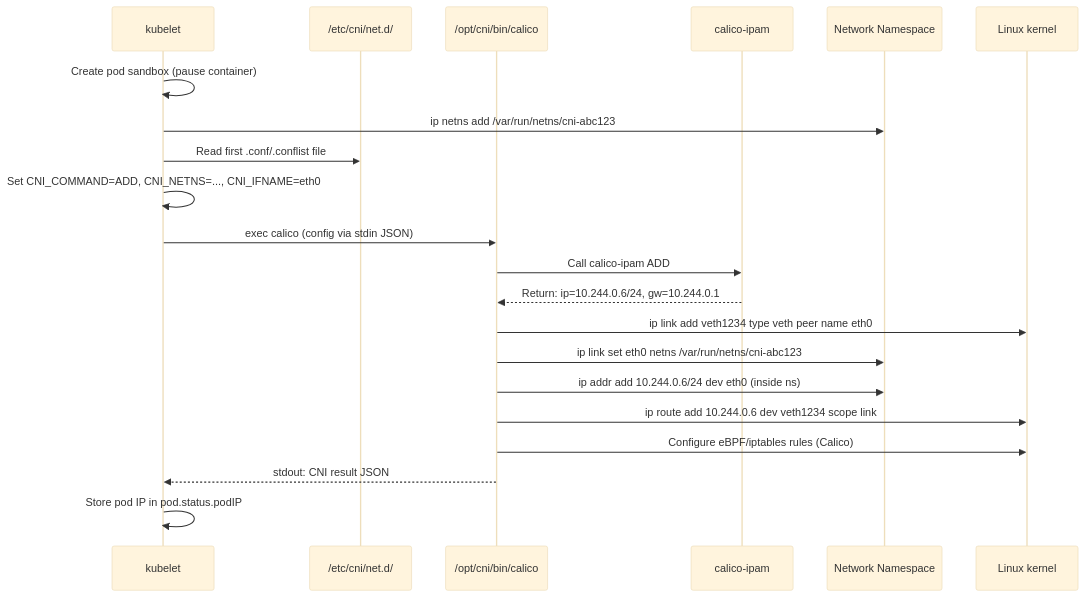
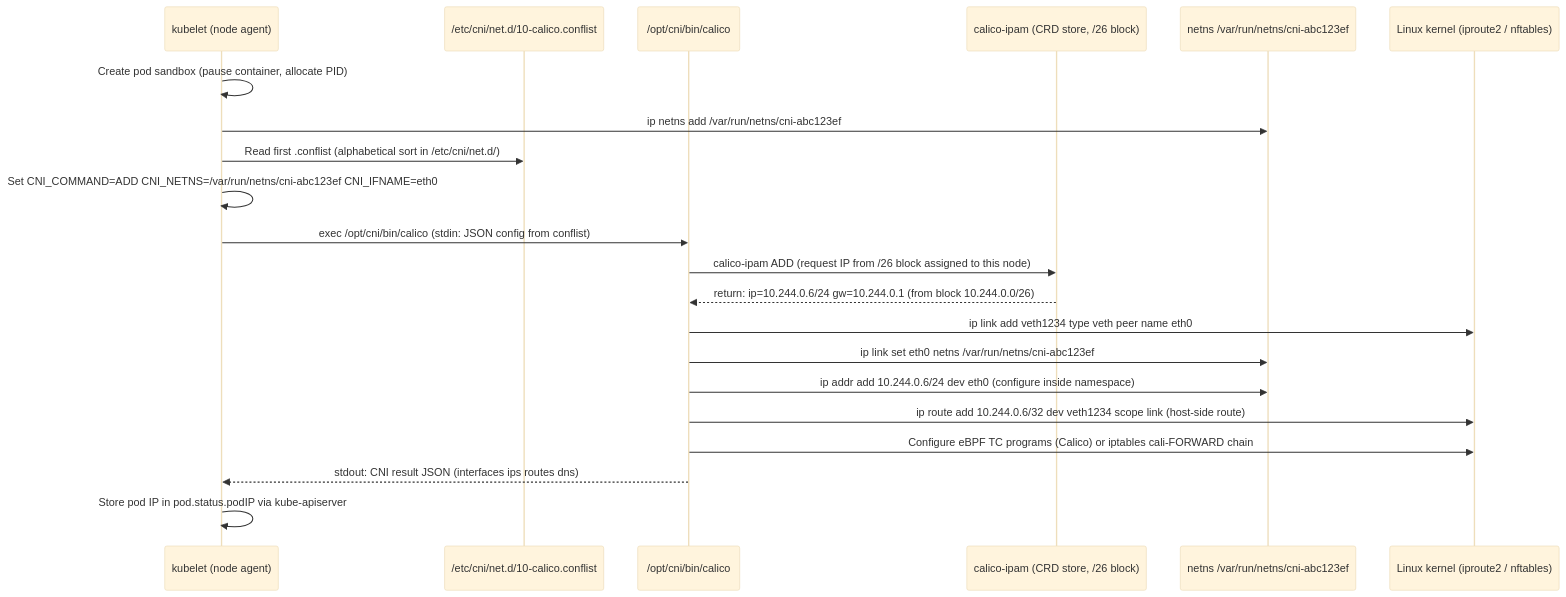
One commit to MykolaLebid/Kubernetes_networking_engineering changed the second of 2 diagrams in lessons/09-cni-specification.md. Above: the diagram before and after it, drawn with Mermaid (base theme). The commit also changed other lines of this file and 35 other files, not shown here.

First line of the commit message:
Restructure all 34 lessons: Theory/Practice split, richer diagrams, industry examples, navigation

````diff
--- a/lessons/09-cni-specification.md
+++ b/lessons/09-cni-specification.md
@@ -161,24 +142,24 @@
 ```mermaid
 sequenceDiagram
-    participant KB as kubelet
-    participant FS as /etc/cni/net.d/
+    participant KB as kubelet (node agent)
+    participant FS as /etc/cni/net.d/10-calico.conflist
     participant BIN as /opt/cni/bin/calico
-    participant IPAM as calico-ipam
-    participant NS as Network Namespace
-    participant OS as Linux kernel
+    participant IPAM as calico-ipam (CRD store, /26 block)
+    participant NS as netns /var/run/netns/cni-abc123ef
+    participant OS as Linux kernel (iproute2 / nftables)
 
-    KB->>KB: Create pod sandbox (pause container)
-    KB->>NS: ip netns add /var/run/netns/cni-abc123
-    KB->>FS: Read first .conf/.conflist file
-    KB->>KB: Set CNI_COMMAND=ADD, CNI_NETNS=..., CNI_IFNAME=eth0
-    KB->>BIN: exec calico (config via stdin JSON)
-    BIN->>IPAM: Call calico-ipam ADD
-    IPAM-->>BIN: Return: ip=10.244.0.6/24, gw=10.244.0.1
+    KB->>KB: Create pod sandbox (pause container, allocate PID)
+    KB->>NS: ip netns add /var/run/netns/cni-abc123ef
+    KB->>FS: Read first .conflist (alphabetical sort in /etc/cni/net.d/)
+    KB->>KB: Set CNI_COMMAND=ADD CNI_NETNS=/var/run/netns/cni-abc123ef CNI_IFNAME=eth0
+    KB->>BIN: exec /opt/cni/bin/calico (stdin: JSON config from conflist)
+    BIN->>IPAM: calico-ipam ADD (request IP from /26 block assigned to this node)
+    IPAM-->>BIN: return: ip=10.244.0.6/24 gw=10.244.0.1 (from block 10.244.0.0/26)
     BIN->>OS: ip link add veth1234 type veth peer name eth0
-    BIN->>NS: ip link set eth0 netns /var/run/netns/cni-abc123
-    BIN->>NS: ip addr add 10.244.0.6/24 dev eth0 (inside ns)
-    BIN->>OS: ip route add 10.244.0.6 dev veth1234 scope link
-    BIN->>OS: Configure eBPF/iptables rules (Calico)
-    BIN-->>KB: stdout: CNI result JSON
-    KB->>KB: Store pod IP in pod.status.podIP
+    BIN->>NS: ip link set eth0 netns /var/run/netns/cni-abc123ef
+    BIN->>NS: ip addr add 10.244.0.6/24 dev eth0 (configure inside namespace)
+    BIN->>OS: ip route add 10.244.0.6/32 dev veth1234 scope link (host-side route)
+    BIN->>OS: Configure eBPF TC programs (Calico) or iptables cali-FORWARD chain
+    BIN-->>KB: stdout: CNI result JSON (interfaces ips routes dns)
+    KB->>KB: Store pod IP in pod.status.podIP via kube-apiserver
 ```
````
